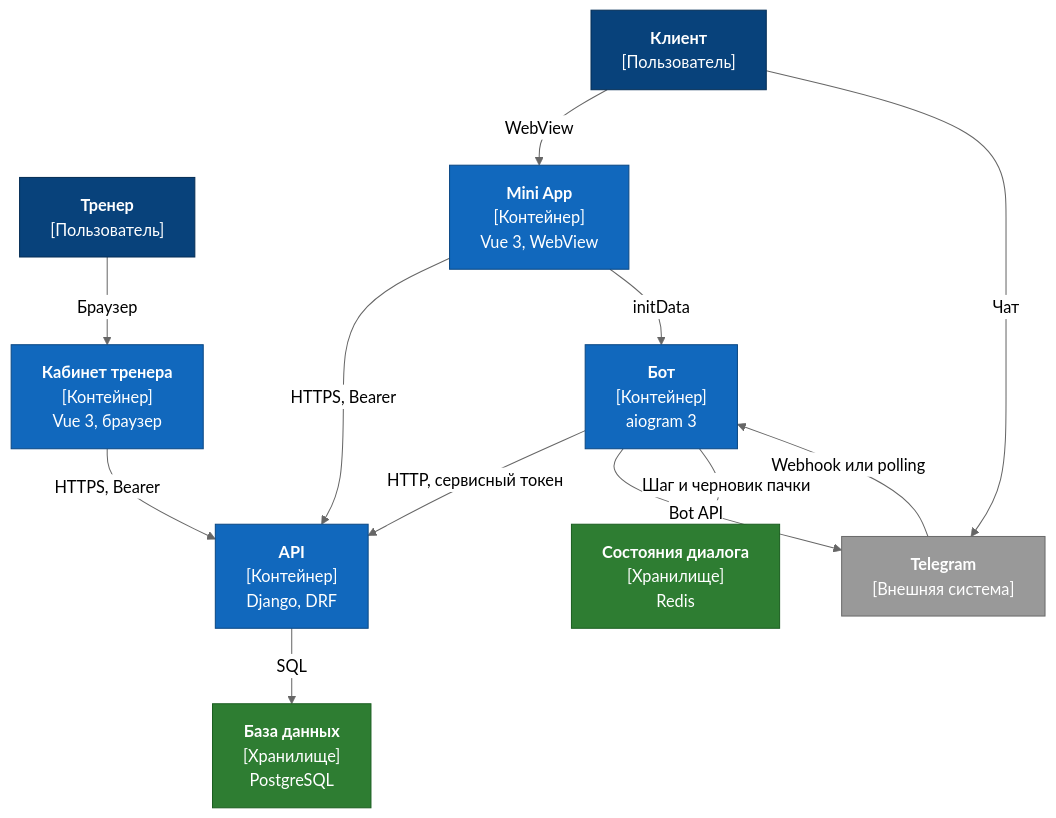
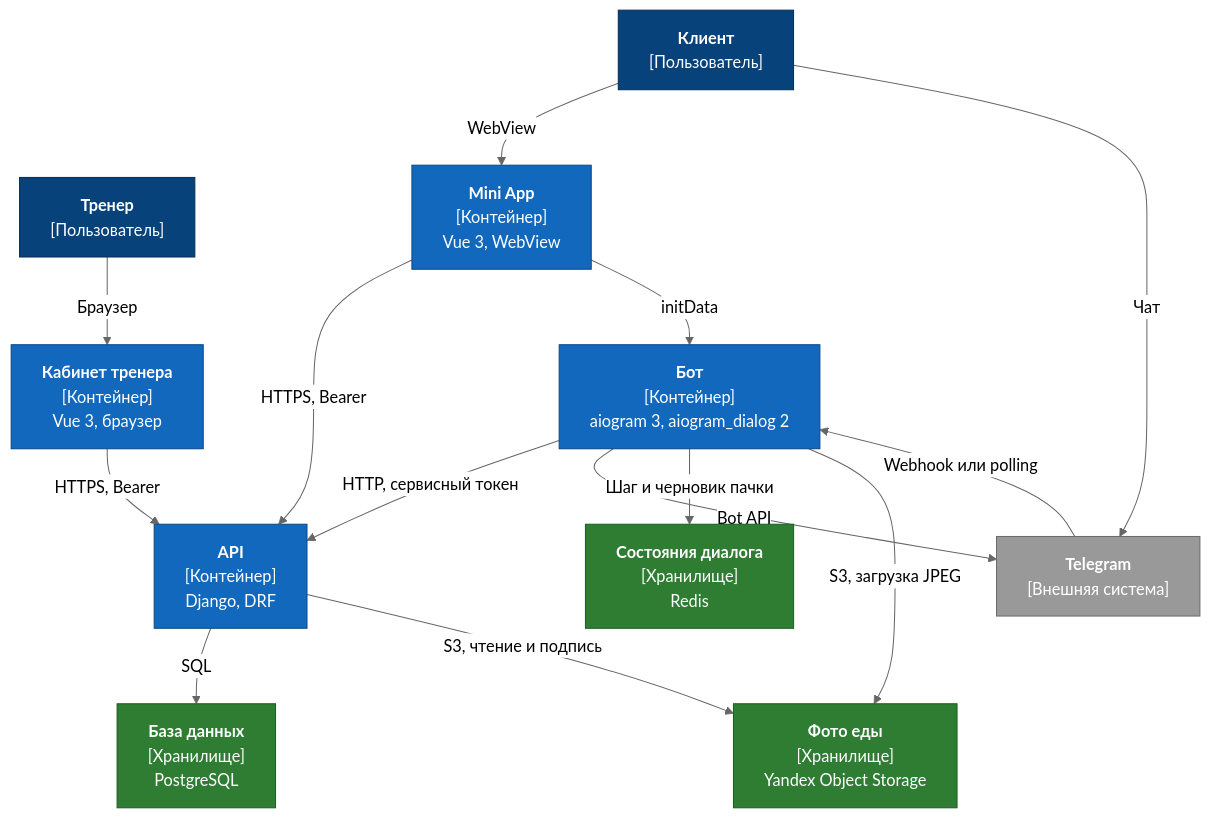
One commit to pycoder-code/trenly-ai changed the diagram in docs/architecture/c4/containers.md. Above: the diagram before and after it, drawn with Mermaid (neutral theme). The commit also changed other lines of this file and 78 other files, not shown here.

````diff
--- a/docs/architecture/c4/containers.md
+++ b/docs/architecture/c4/containers.md
@@ -35,36 +47,39 @@
 ```mermaid
 flowchart TB
     trainer["<b>Тренер</b><br/>[Пользователь]"]
     client["<b>Клиент</b><br/>[Пользователь]"]
 
     dashboard["<b>Кабинет тренера</b><br/>[Контейнер]<br/>Vue 3, браузер"]
     miniapp["<b>Mini App</b><br/>[Контейнер]<br/>Vue 3, WebView"]
     api["<b>API</b><br/>[Контейнер]<br/>Django, DRF"]
-    bot["<b>Бот</b><br/>[Контейнер]<br/>aiogram 3"]
+    bot["<b>Бот</b><br/>[Контейнер]<br/>aiogram 3, aiogram_dialog 2"]
 
     db["<b>База данных</b><br/>[Хранилище]<br/>PostgreSQL"]
     redis["<b>Состояния диалога</b><br/>[Хранилище]<br/>Redis"]
+    photos["<b>Фото еды</b><br/>[Хранилище]<br/>Yandex Object Storage"]
 
     telegram["<b>Telegram</b><br/>[Внешняя система]"]
 
     trainer -- "Браузер" --> dashboard
     client -- "WebView" --> miniapp
     client -- "Чат" --> telegram
     dashboard -- "HTTPS, Bearer" --> api
     miniapp -- "HTTPS, Bearer" --> api
     miniapp -- "initData" --> bot
     telegram -- "Webhook или polling" --> bot
     bot -- "HTTP, сервисный токен" --> api
     bot -- "Bot API" --> telegram
     bot -- "Шаг и черновик пачки" --> redis
+    bot -- "S3, загрузка JPEG" --> photos
     api -- "SQL" --> db
+    api -- "S3, чтение и подпись" --> photos
 
     classDef person fill:#08427b,stroke:#052e56,color:#fff
     classDef container fill:#1168bd,stroke:#0b4884,color:#fff
     classDef store fill:#2e7d32,stroke:#1b5e20,color:#fff
     classDef external fill:#999,stroke:#6b6b6b,color:#fff
     class trainer,client person
     class dashboard,miniapp,api,bot container
-    class db,redis store
+    class db,redis,photos store
     class telegram external
 ```
````
